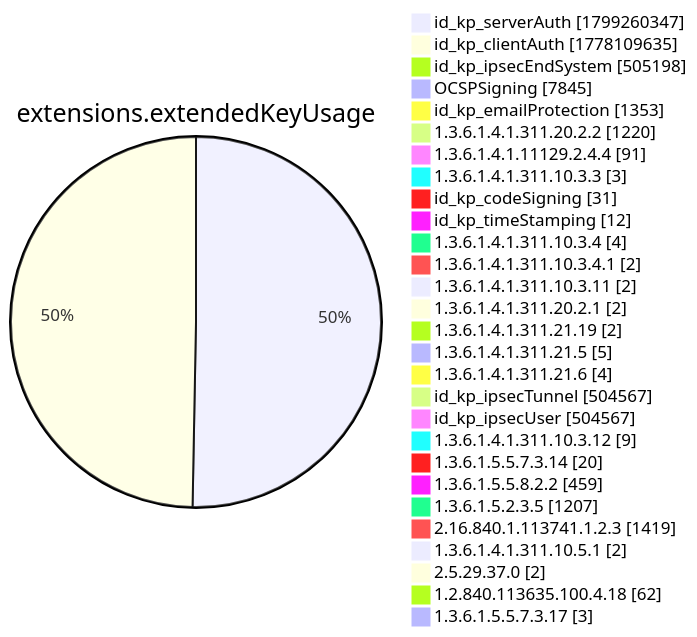
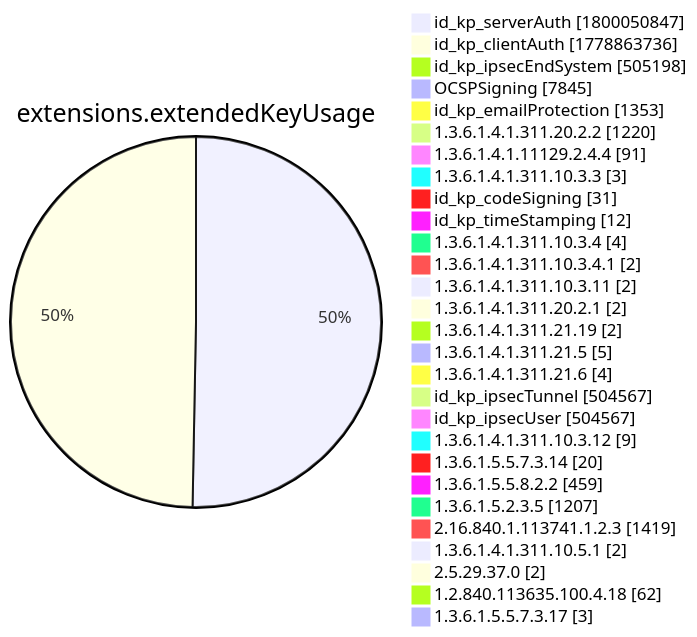
One commit to christiankrug/ctmonitor_visualization changed diagram 12 of 15 in xenon2022/README.md. Above: the diagram before and after it, drawn with Mermaid. The commit also changed other lines of this file, not shown here.

````diff
--- a/xenon2022/README.md
+++ b/xenon2022/README.md
@@ -3895,32 +3895,32 @@
 ```mermaid
 pie showData
 title extensions.extendedKeyUsage
-"id_kp_serverAuth" :1799260347
-"id_kp_clientAuth" :1778109635
+"id_kp_serverAuth" :1800050847
+"id_kp_clientAuth" :1778863736
 "id_kp_ipsecEndSystem" :505198
 "OCSPSigning" :7845
 "id_kp_emailProtection" :1353
 "1.3.6.1.4.1.311.20.2.2" :1220
 "1.3.6.1.4.1.11129.2.4.4" :91
 "1.3.6.1.4.1.311.10.3.3" :3
 "id_kp_codeSigning" :31
 "id_kp_timeStamping" :12
 "1.3.6.1.4.1.311.10.3.4" :4
 "1.3.6.1.4.1.311.10.3.4.1" :2
 "1.3.6.1.4.1.311.10.3.11" :2
 "1.3.6.1.4.1.311.20.2.1" :2
 "1.3.6.1.4.1.311.21.19" :2
 "1.3.6.1.4.1.311.21.5" :5
 "1.3.6.1.4.1.311.21.6" :4
 "id_kp_ipsecTunnel" :504567
 "id_kp_ipsecUser" :504567
 "1.3.6.1.4.1.311.10.3.12" :9
 "1.3.6.1.5.5.7.3.14" :20
 "1.3.6.1.5.5.8.2.2" :459
 "1.3.6.1.5.2.3.5" :1207
 "2.16.840.1.113741.1.2.3" :1419
 "1.3.6.1.4.1.311.10.5.1" :2
 "2.5.29.37.0" :2
 "1.2.840.113635.100.4.18" :62
 "1.3.6.1.5.5.7.3.17" :3
 ```
````
